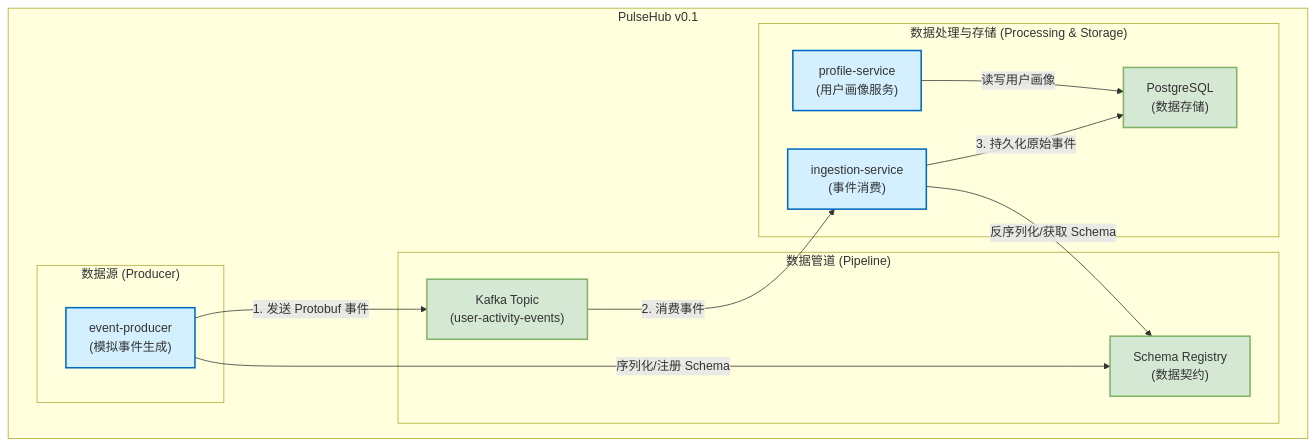
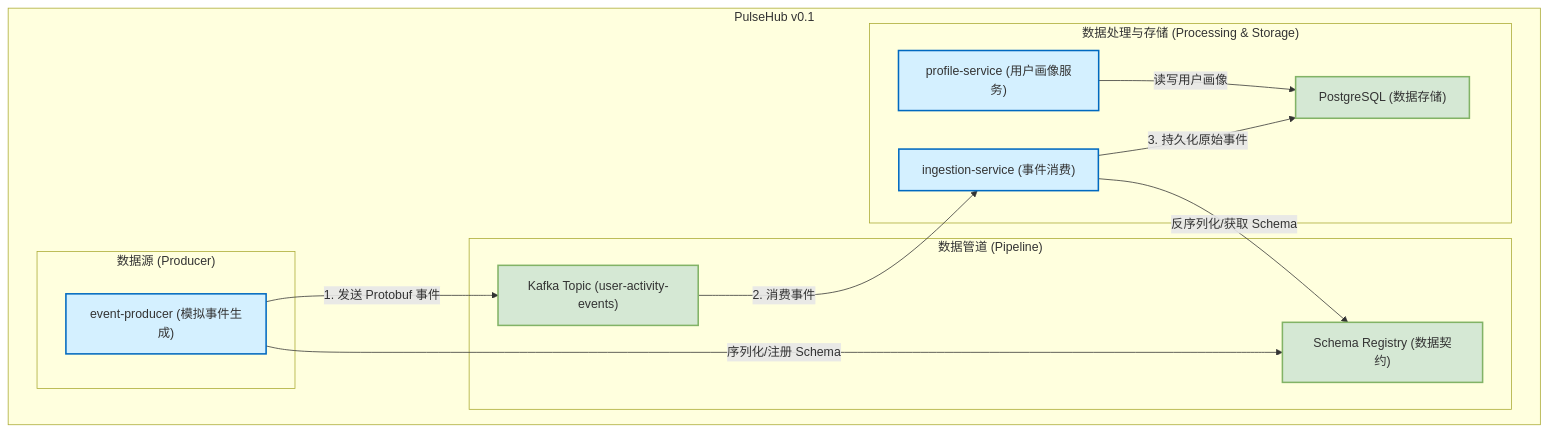
The first of 2 diagrams in docs/v0.1-summary.md (lilei6809/pulse-hub), drawn with Mermaid before and after one commit. The commit also changed 7 other files, not shown here.

````diff
--- a/docs/v0.1-summary.md
+++ b/docs/v0.1-summary.md
@@ -42,36 +42,36 @@
 ```mermaid
 graph TD
+    direction LR
+
     subgraph "PulseHub v0.1"
-        direction LR
-        
         subgraph "数据源 (Producer)"
-            EventProducer["event-producer<br/>(模拟事件生成)"]
+            EventProducer["event-producer (模拟事件生成)"]
         end
 
         subgraph "数据管道 (Pipeline)"
-            KafkaTopic["Kafka Topic<br/>(user-activity-events)"]
-            SchemaRegistry["Schema Registry<br/>(数据契约)"]
+            KafkaTopic["Kafka Topic (user-activity-events)"]
+            SchemaRegistry["Schema Registry (数据契约)"]
         end
 
         subgraph "数据处理与存储 (Processing & Storage)"
-            IngestionService["ingestion-service<br/>(事件消费)"]
-            ProfileService["profile-service<br/>(用户画像服务)"]
-            PostgreSQL["PostgreSQL<br/>(数据存储)"]
+            IngestionService["ingestion-service (事件消费)"]
+            ProfileService["profile-service (用户画像服务)"]
+            PostgreSQL["PostgreSQL (数据存储)"]
         end
-
     end
 
     EventProducer -- "1. 发送 Protobuf 事件" --> KafkaTopic
     EventProducer -- "序列化/注册 Schema" --> SchemaRegistry
-    
+
     KafkaTopic -- "2. 消费事件" --> IngestionService
     IngestionService -- "反序列化/获取 Schema" --> SchemaRegistry
     IngestionService -- "3. 持久化原始事件" --> PostgreSQL
-    
+
     ProfileService -- "读写用户画像" --> PostgreSQL
 
     classDef service fill:#d4f0ff,stroke:#0069c0,stroke-width:2px;
     classDef infra fill:#d5e8d4,stroke:#82b366,stroke-width:2px;
     class EventProducer,IngestionService,ProfileService service;
     class KafkaTopic,SchemaRegistry,PostgreSQL infra;
+
 ```
````
